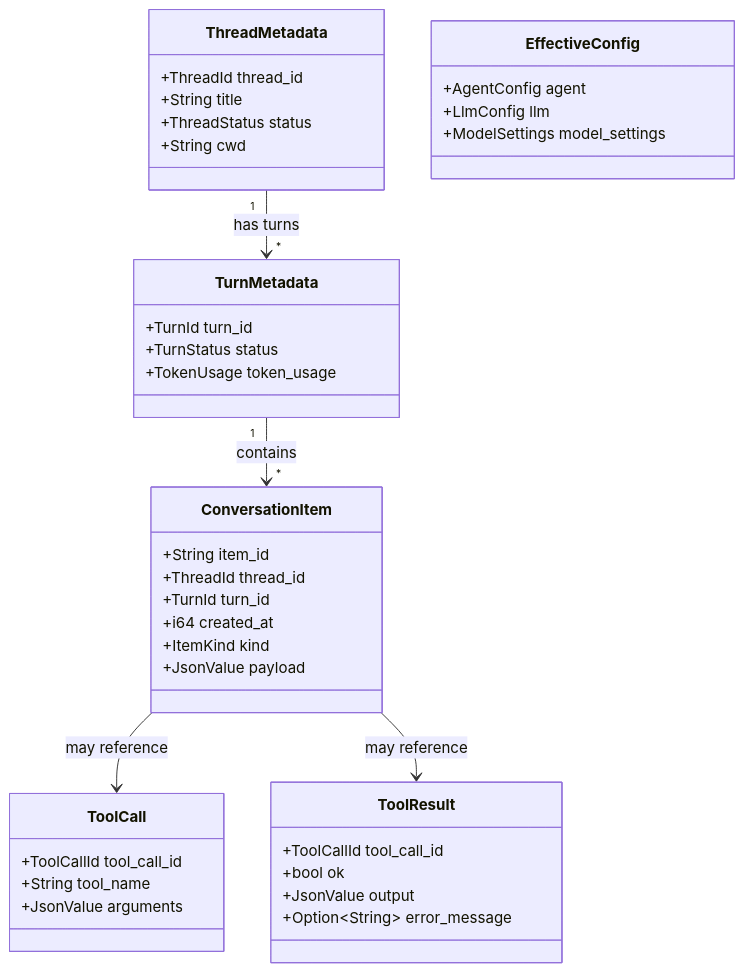
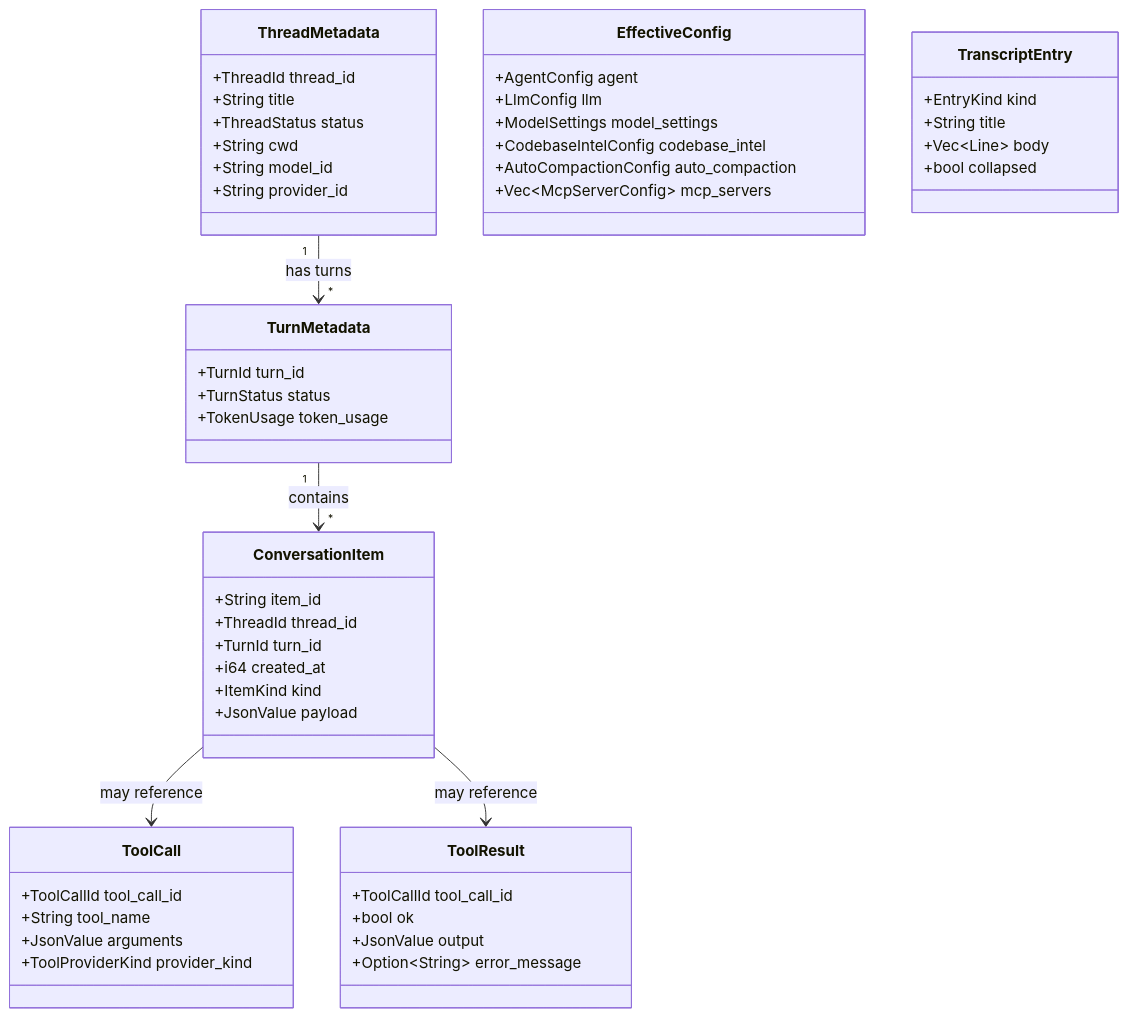
The tenth of 12 diagrams in docs/ARCHITECTURE.md (basadi-dev/codezilla), drawn with Mermaid before and after one commit. The commit also changed other lines of this file, not shown here.

Commit message:
docs: update architecture documentation with agentic loop enhancements, sub-agent supervision, parallel tool batching, and surface-layer interfaces.

````diff
--- a/docs/ARCHITECTURE.md
+++ b/docs/ARCHITECTURE.md
@@ -235,48 +432,61 @@
 ```mermaid
 classDiagram
     class ConversationItem {
         +String item_id
         +ThreadId thread_id
         +TurnId turn_id
         +i64 created_at
         +ItemKind kind
         +JsonValue payload
     }
 
     class ThreadMetadata {
         +ThreadId thread_id
         +String title
         +ThreadStatus status
         +String cwd
+        +String model_id
+        +String provider_id
     }
 
     class TurnMetadata {
         +TurnId turn_id
         +TurnStatus status
         +TokenUsage token_usage
     }
 
     class ToolCall {
         +ToolCallId tool_call_id
         +String tool_name
         +JsonValue arguments
+        +ToolProviderKind provider_kind
     }
 
     class ToolResult {
         +ToolCallId tool_call_id
         +bool ok
         +JsonValue output
         +Option~String~ error_message
     }
 
     class EffectiveConfig {
         +AgentConfig agent
         +LlmConfig llm
         +ModelSettings model_settings
+        +CodebaseIntelConfig codebase_intel
+        +AutoCompactionConfig auto_compaction
+        +Vec~McpServerConfig~ mcp_servers
+    }
+
+    class TranscriptEntry {
+        +EntryKind kind
+        +String title
+        +Vec~Line~ body
+        +bool collapsed
     }
 
     ThreadMetadata "1" --> "*" TurnMetadata : has turns
     TurnMetadata "1" --> "*" ConversationItem : contains
     ConversationItem --> ToolCall : may reference
     ConversationItem --> ToolResult : may reference
 ```
````
